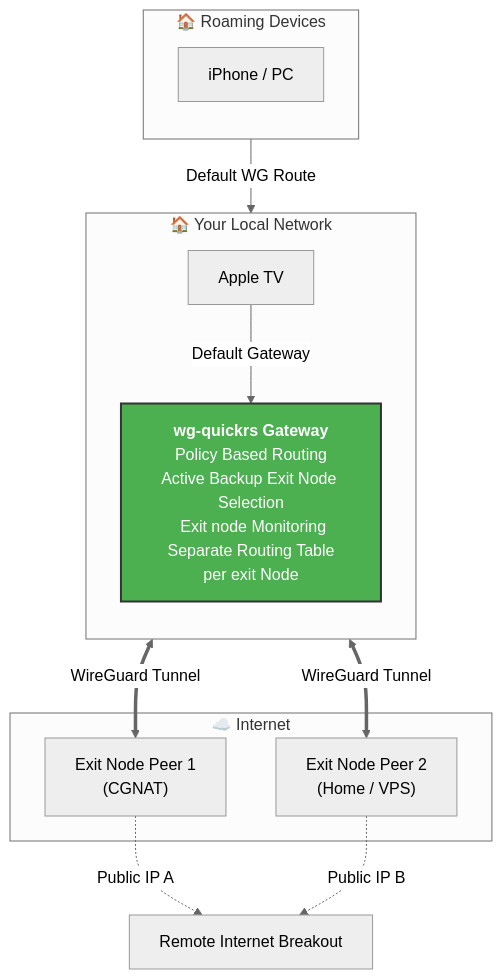
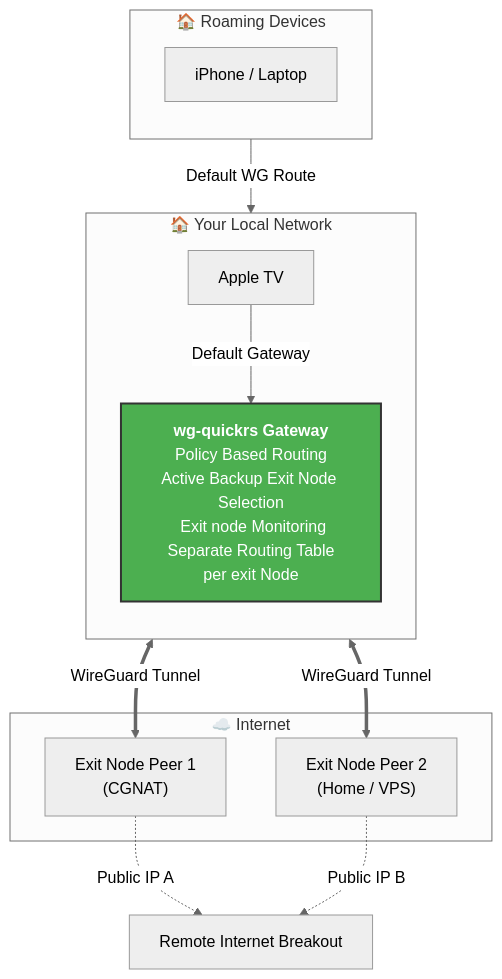
The diagram in README.md (grizzy255/wg-quickrs-router), drawn with Mermaid (neutral theme) before and after one commit.

Commit message:
fix: Remove HTML tags from mermaid diagram for GitHub compatibility

````diff
--- a/README.md
+++ b/README.md
@@ -33,35 +33,35 @@
 ```mermaid
 flowchart TD
     subgraph LAN ["🏠 Your Local Network"]
         direction TB
         ATV["Apple TV"]
         
         %% Use <br/> to break lines manually
         Gateway["<b>wg-quickrs Gateway</b><br/>Policy Based Routing<br/>Active Backup Exit Node Selection<br/> Exit node Monitoring<br/> Separate Routing Table per exit Node"]
     end
 
     subgraph Local Internet ["🏠 Roaming Devices"]
         direction TB
-        iPhone["iPhone / PC"]
+        iPhone["iPhone / Laptop"]
     
         %% Use <br/> to break lines manually
         Gateway["<b>wg-quickrs Gateway</b><br/>Policy Based Routing<br/>Active Backup Exit Node Selection<br/> Exit node Monitoring<br/> Separate Routing Table per exit Node"]
     end
     subgraph Internet ["☁️ Internet"]
         Remote1["Exit Node Peer 1<br/>(CGNAT)"]
         Remote2["Exit Node Peer 2<br/>(Home / VPS)"]
     end
 
     %% Connections
     iPhone -->|Default WG Route| Gateway
     ATV -->|Default Gateway | Gateway
     
     Gateway <==>|WireGuard Tunnel| Remote1
     Gateway <==>|WireGuard Tunnel| Remote2
     
     Remote1 -.->|Public IP A| World["Remote Internet Breakout"]
     Remote2 -.->|Public IP B| World
 
     %% Styling
     style Gateway fill:#4CAF50,stroke:#333,stroke-width:2px,color:#fff
 ```
````
